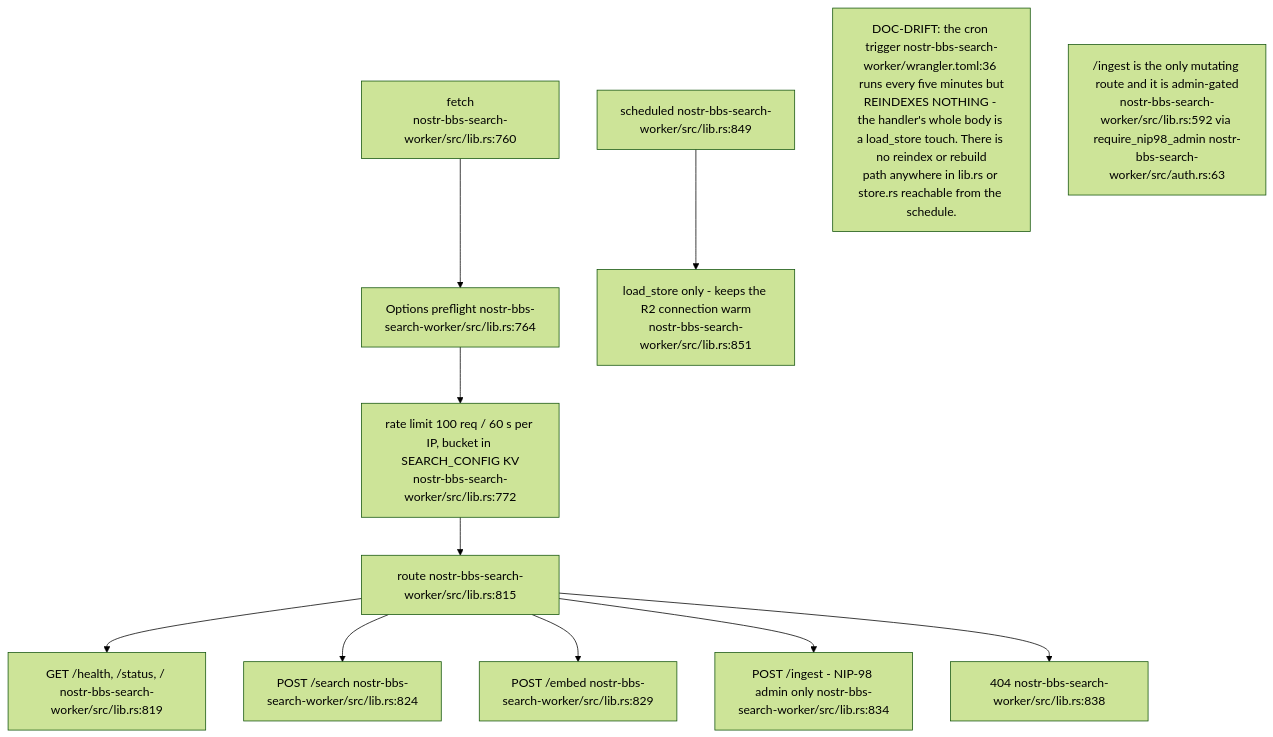
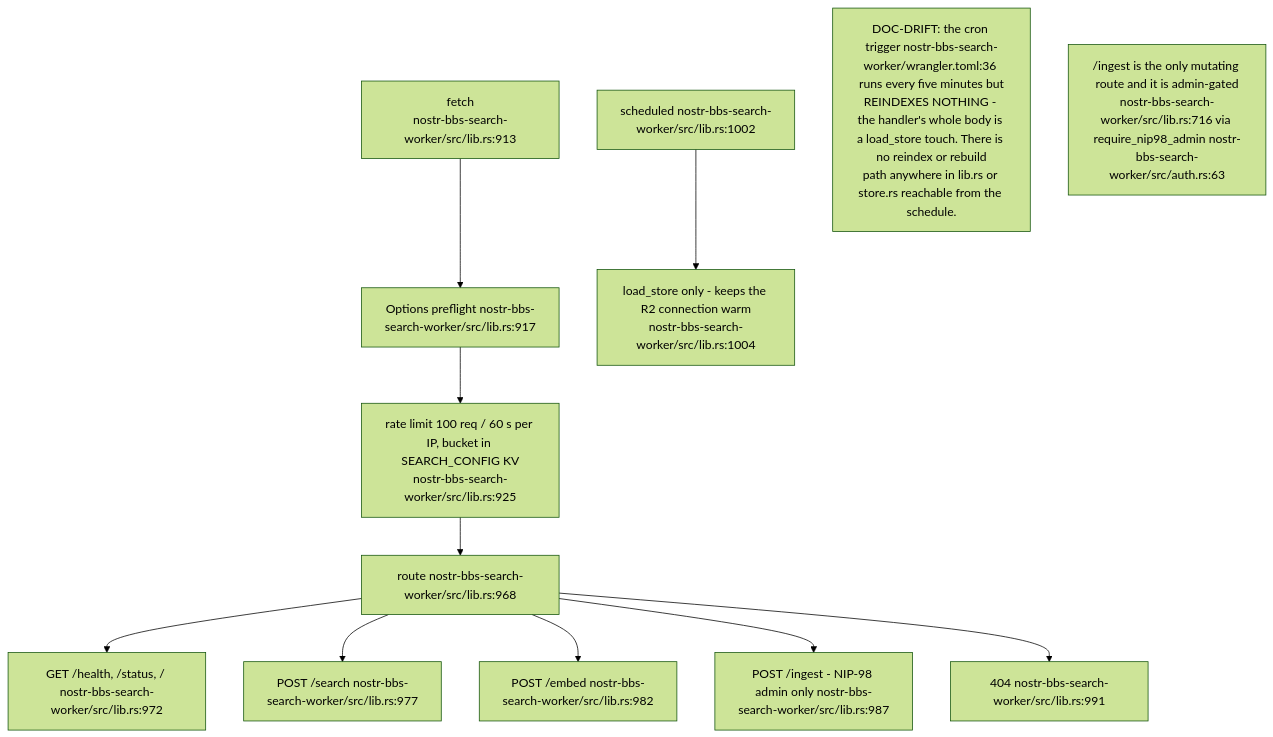
One commit to DreamLab-AI/VisionFlow changed the first of 9 diagrams in docs/diagrams/nostr-rust-forum/07-search-preview-and-shared-worker-utilities.md. Above: the diagram before and after it, drawn with Mermaid (forest theme). The commit also changed other lines of this file and 160 other files, not shown here.

````diff
--- a/docs/diagrams/nostr-rust-forum/07-search-preview-and-shared-worker-utilities.md
+++ b/docs/diagrams/nostr-rust-forum/07-search-preview-and-shared-worker-utilities.md
@@ -32,21 +35,21 @@
 ```mermaid
 flowchart TB
-    F["fetch<br/>nostr-bbs-search-worker/src/lib.rs:760"]
-    OPT["Options preflight nostr-bbs-search-worker/src/lib.rs:764"]
-    RL["rate limit 100 req / 60 s per IP, bucket in SEARCH_CONFIG KV<br/>nostr-bbs-search-worker/src/lib.rs:772"]
-    RT["route nostr-bbs-search-worker/src/lib.rs:815"]
-    H["GET /health, /status, / nostr-bbs-search-worker/src/lib.rs:819"]
-    S["POST /search nostr-bbs-search-worker/src/lib.rs:824"]
-    E["POST /embed nostr-bbs-search-worker/src/lib.rs:829"]
-    I["POST /ingest - NIP-98 admin only nostr-bbs-search-worker/src/lib.rs:834"]
-    NF404["404 nostr-bbs-search-worker/src/lib.rs:838"]
-    CRON["scheduled nostr-bbs-search-worker/src/lib.rs:849"]
+    F["fetch<br/>nostr-bbs-search-worker/src/lib.rs:913"]
+    OPT["Options preflight nostr-bbs-search-worker/src/lib.rs:917"]
+    RL["rate limit 100 req / 60 s per IP, bucket in SEARCH_CONFIG KV<br/>nostr-bbs-search-worker/src/lib.rs:925"]
+    RT["route nostr-bbs-search-worker/src/lib.rs:968"]
+    H["GET /health, /status, / nostr-bbs-search-worker/src/lib.rs:972"]
+    S["POST /search nostr-bbs-search-worker/src/lib.rs:977"]
+    E["POST /embed nostr-bbs-search-worker/src/lib.rs:982"]
+    I["POST /ingest - NIP-98 admin only nostr-bbs-search-worker/src/lib.rs:987"]
+    NF404["404 nostr-bbs-search-worker/src/lib.rs:991"]
+    CRON["scheduled nostr-bbs-search-worker/src/lib.rs:1002"]
 
     F --> OPT --> RL --> RT
     RT --> H & S & E & I
     RT --> NF404
-    CRON --> WARM["load_store only - keeps the R2 connection warm<br/>nostr-bbs-search-worker/src/lib.rs:851"]
+    CRON --> WARM["load_store only - keeps the R2 connection warm<br/>nostr-bbs-search-worker/src/lib.rs:1004"]
 
     N1["DOC-DRIFT: the cron trigger nostr-bbs-search-worker/wrangler.toml:36 runs every five minutes but<br/>REINDEXES NOTHING - the handler's whole body is a load_store touch. There is no reindex or rebuild<br/>path anywhere in lib.rs or store.rs reachable from the schedule."]
-    N2["/ingest is the only mutating route and it is admin-gated<br/>nostr-bbs-search-worker/src/lib.rs:592 via require_nip98_admin nostr-bbs-search-worker/src/auth.rs:63"]
+    N2["/ingest is the only mutating route and it is admin-gated<br/>nostr-bbs-search-worker/src/lib.rs:716 via require_nip98_admin nostr-bbs-search-worker/src/auth.rs:63"]
 ```
````
